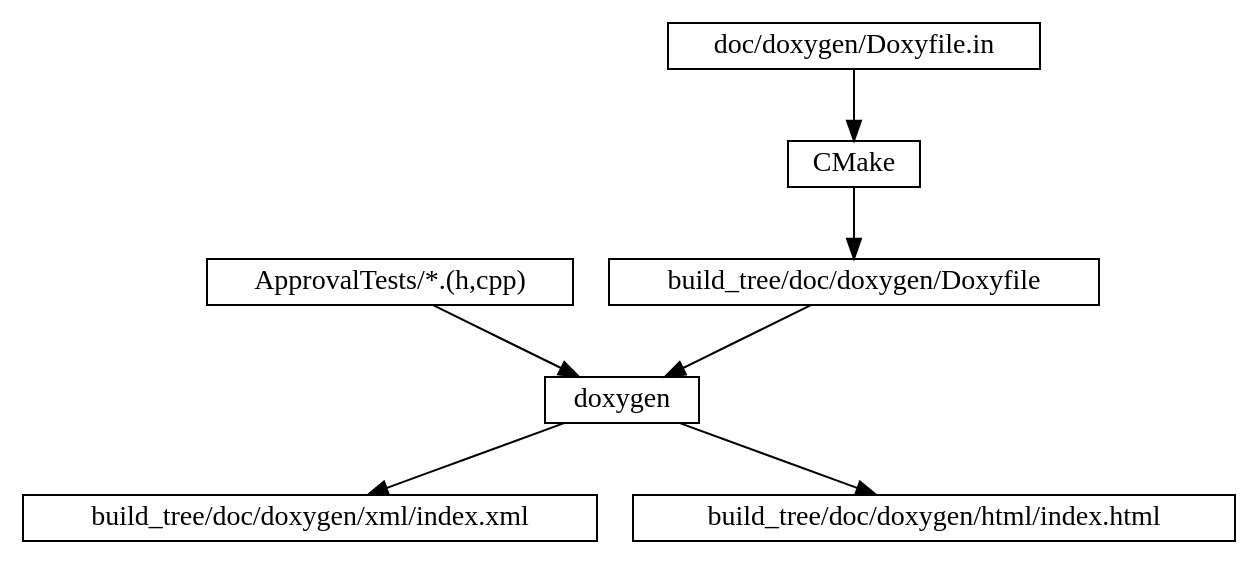
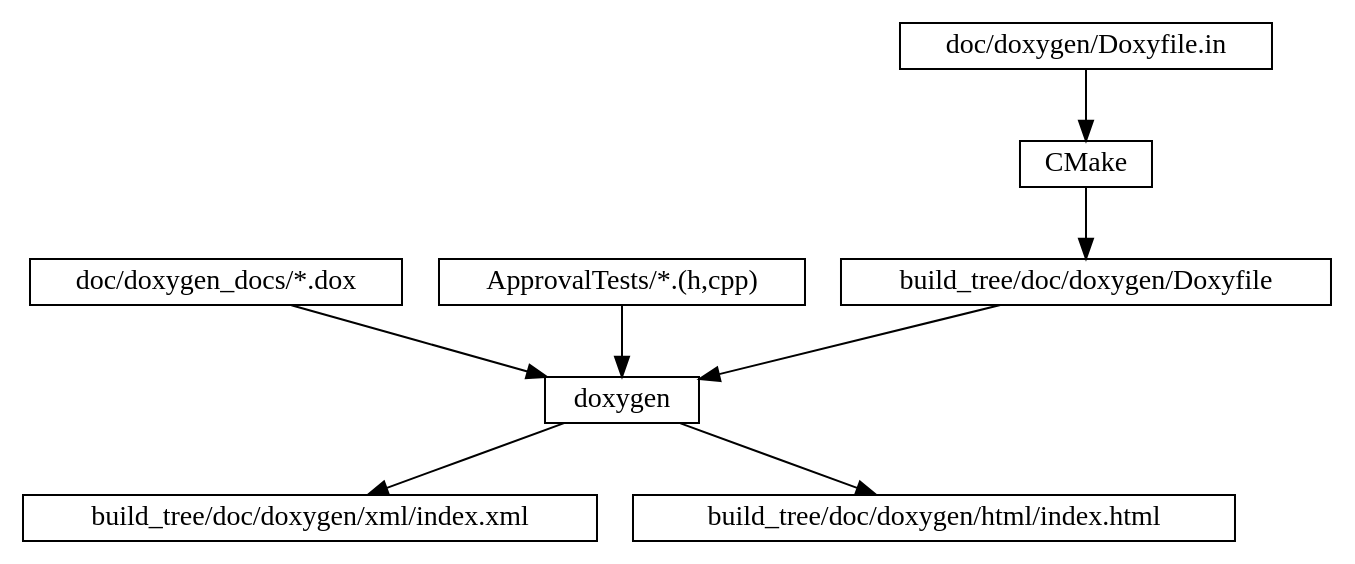
The diagram in doc/images/source/doxygen_flow.dot (approvals/ApprovalTests.cpp), drawn with Graphviz before and after one commit. The commit also changed 1 other file, not shown here.

Commit message:
d   Add *.dox to Doxygen inputs

```diff
--- a/doc/images/source/doxygen_flow.dot
+++ b/doc/images/source/doxygen_flow.dot
@@ -1,24 +1,27 @@
 digraph doxygen_flow {
     rankdir = "TB"
     node [fontsize = 14, shape = box, height = 0.25]
     edge [fontsize = 14]
 
     "CMake"
 
     "Doxyfile.in" [label = "doc/doxygen/Doxyfile.in"]
     "Doxyfile.in" -> "CMake"
     "Doxyfile" [label = "build_tree/doc/doxygen/Doxyfile"]
     "CMake" -> "Doxyfile"
 
     "doxygen"
 
+    "doxygen_dox_files" [label = "doc/doxygen_docs/*.dox"]
+    "doxygen_dox_files" -> "doxygen"
+
     "Doxyfile" -> "doxygen"
     "ApprovalTests" [label = "ApprovalTests/*.(h,cpp)"]
     "ApprovalTests" -> "doxygen"
 
     "index.xml" [label = "build_tree/doc/doxygen/xml/index.xml"]
     "doxygen" -> "index.xml"
 
     "index.html" [label = "build_tree/doc/doxygen/html/index.html"]
     "doxygen" -> "index.html"
 }
```
